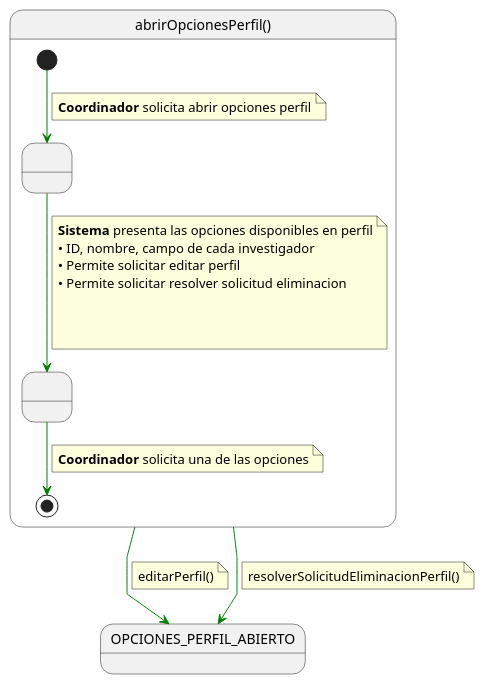
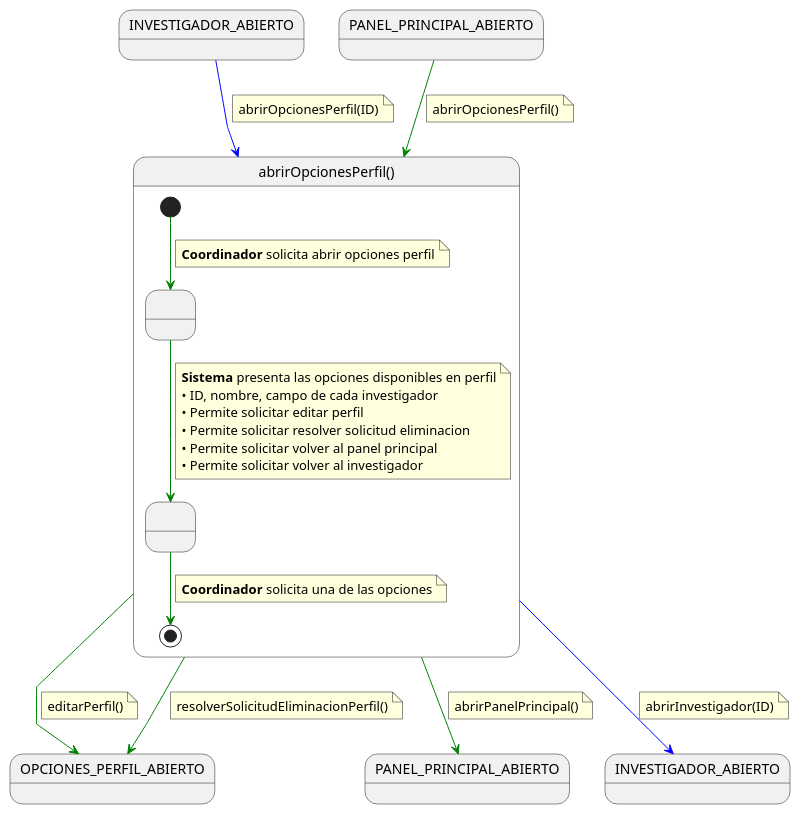
The diagram in documentación/CasosDeUso/Detalle/Coordinador/05-perfil/abrirOpcionesPerfil.puml (31Diego/25-26-IdSw1-SdR), drawn with PlantUML before and after one commit. The commit also changed 19 other files, not shown here.

Commit message:
correccion diagrama contexto

```diff
--- a/documentación/CasosDeUso/Detalle/Coordinador/05-perfil/abrirOpcionesPerfil.puml
+++ b/documentación/CasosDeUso/Detalle/Coordinador/05-perfil/abrirOpcionesPerfil.puml
@@ -1,44 +1,72 @@
 @startuml abrirOpcionesPerfil
 
 skinparam linetype polyline
+
+state in1 as "INVESTIGADOR_ABIERTO"
+in1 -[#blue]-> abrirOpcionesPerfil
+note on link
+abrirOpcionesPerfil(ID)
+end note
+
+
+state in2 as "PANEL_PRINCIPAL_ABIERTO"
+in2 -[#green]-> abrirOpcionesPerfil
+note on link
+abrirOpcionesPerfil()
+end note
+
+
 
 state abrirOpcionesPerfil as "abrirOpcionesPerfil()" {
 
     state " " as MostrandoLista
     state " " as FiltrandoLista
 
     [*] -[#green]-> MostrandoLista 
     note on link
     <b>Coordinador</b> solicita abrir opciones perfil
     end note    
     
     MostrandoLista -[#green]-> FiltrandoLista
     note on link
     <b>Sistema</b> presenta las opciones disponibles en perfil
     • ID, nombre, campo de cada investigador
     • Permite solicitar editar perfil
     • Permite solicitar resolver solicitud eliminacion
-   
-    
-    
+    • Permite solicitar volver al panel principal
+    • Permite solicitar volver al investigador
     end note
     
     FiltrandoLista -[#green]-> [*]
     note on link
     <b>Coordinador</b> solicita una de las opciones
     end note
 }
 
 abrirOpcionesPerfil -[#green]-> OPCIONES_PERFIL_ABIERTO
 note on link
 editarPerfil()
 end note
 
 
 abrirOpcionesPerfil -[#green]-> OPCIONES_PERFIL_ABIERTO
 note on link
 resolverSolicitudEliminacionPerfil()
 end note
 
 
+
+abrirOpcionesPerfil -[#green]-> PANEL_PRINCIPAL_ABIERTO
+note on link
+abrirPanelPrincipal()
+end note
+
+abrirOpcionesPerfil -[#blue]-> INVESTIGADOR_ABIERTO
+note on link
+abrirInvestigador(ID)
+end note
+
+
+
+
 @enduml
```
